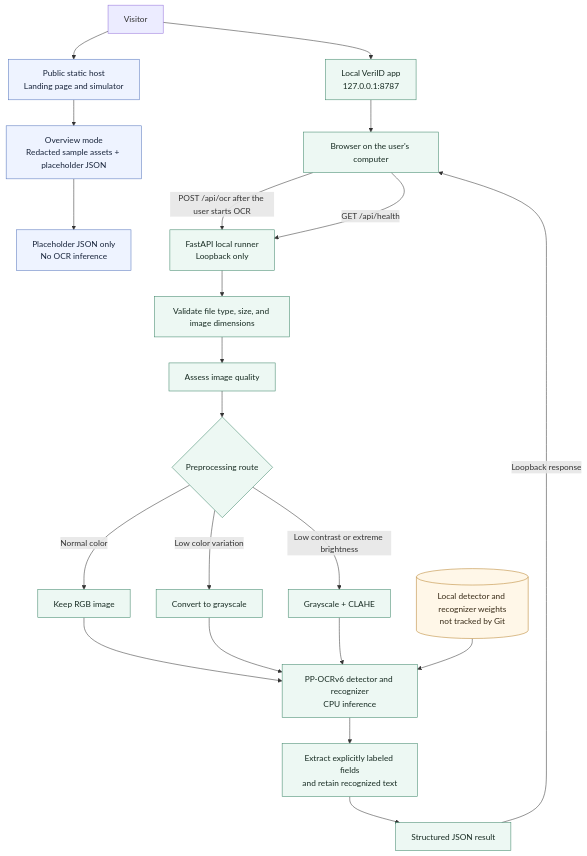
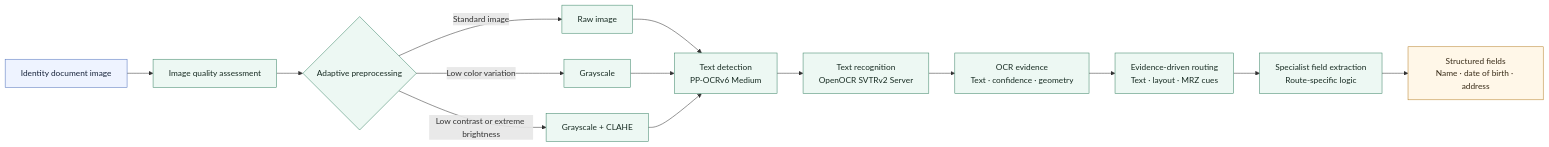
Before and after one commit to Ditt-A/RobustIdentityCardOCR: the diagram in README.md, drawn with Mermaid. The commit also changed other lines of this file and 1 other file, not shown here.

Commit message:
Focus README diagram on OCR model pipeline

```diff
--- a/README.md
+++ b/README.md
@@ -42,32 +42,24 @@
 ~~~mermaid
-flowchart TD
-    Visitor["Visitor"] --> PublicSite["Public static host<br/>Landing page and simulator"]
-    PublicSite --> Overview["Overview mode<br/>Redacted sample assets + placeholder JSON"]
-    Overview --> Placeholder["Placeholder JSON only<br/>No OCR inference"]
+flowchart LR
+    Input["Identity document image"] --> Quality["Image quality assessment"]
+    Quality --> Preprocess{"Adaptive preprocessing"}
+    Preprocess -->|"Standard image"| Raw["Raw image"]
+    Preprocess -->|"Low color variation"| Grayscale["Grayscale"]
+    Preprocess -->|"Low contrast or extreme brightness"| CLAHE["Grayscale + CLAHE"]
 
-    Visitor --> LocalSite["Local VeriID app<br/>127.0.0.1:8787"]
-    LocalSite --> Browser["Browser on the user's computer"]
-    Browser -->|"POST /api/ocr after the user starts OCR"| API["FastAPI local runner<br/>Loopback only"]
-    Browser -->|"GET /api/health"| API
+    Raw --> Detection["Text detection<br/>PP-OCRv6 Medium"]
+    Grayscale --> Detection
+    CLAHE --> Detection
+    Detection --> Recognition["Text recognition<br/>OpenOCR SVTRv2 Server"]
+    Recognition --> Evidence["OCR evidence<br/>Text · confidence · geometry"]
+    Evidence --> Routing["Evidence-driven routing<br/>Text · layout · MRZ cues"]
+    Routing --> Extraction["Specialist field extraction<br/>Route-specific logic"]
+    Extraction --> Output["Structured fields<br/>Name · date of birth · address"]
 
-    API --> Validate["Validate file type, size, and image dimensions"]
-    Validate --> Assess["Assess image quality"]
-    Assess --> Route{"Preprocessing route"}
-    Route -->|"Normal color"| Raw["Keep RGB image"]
-    Route -->|"Low color variation"| Gray["Convert to grayscale"]
-    Route -->|"Low contrast or extreme brightness"| CLAHE["Grayscale + CLAHE"]
-    Raw --> OCR["PP-OCRv6 detector and recognizer<br/>CPU inference"]
-    Gray --> OCR
-    CLAHE --> OCR
-    Weights[("Local detector and recognizer weights<br/>not tracked by Git")] --> OCR
-    OCR --> Extract["Extract explicitly labeled fields<br/>and retain recognized text"]
-    Extract --> Result["Structured JSON result"]
-    Result -->|"Loopback response"| Browser
-
-    classDef public fill:#eef3ff,stroke:#5374bd,color:#17233a
-    classDef local fill:#edf8f3,stroke:#3d8568,color:#172b22
-    classDef data fill:#fff7e8,stroke:#b7812b,color:#382b17
-    class PublicSite,Overview,Placeholder public
-    class LocalSite,Browser,API,Validate,Assess,Route,Raw,Gray,CLAHE,OCR,Extract,Result local
-    class Weights data
+    classDef image fill:#eef3ff,stroke:#5374bd,color:#17233a
+    classDef model fill:#edf8f3,stroke:#3d8568,color:#172b22
+    classDef output fill:#fff7e8,stroke:#b7812b,color:#382b17
+    class Input image
+    class Quality,Preprocess,Raw,Grayscale,CLAHE,Detection,Recognition,Evidence,Routing,Extraction model
+    class Output output
 ~~~
```
